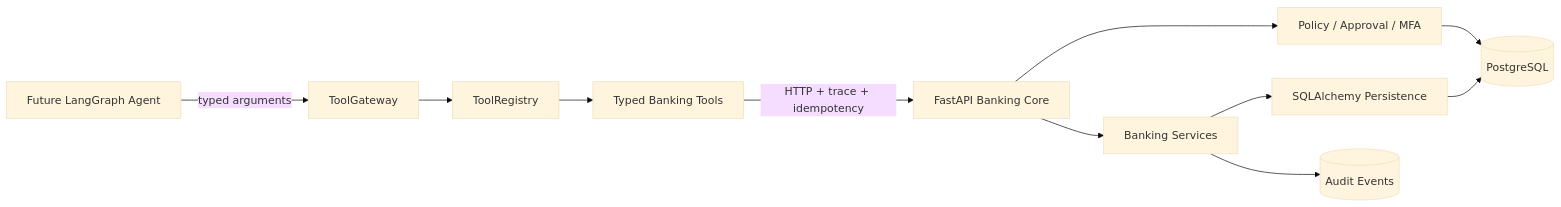
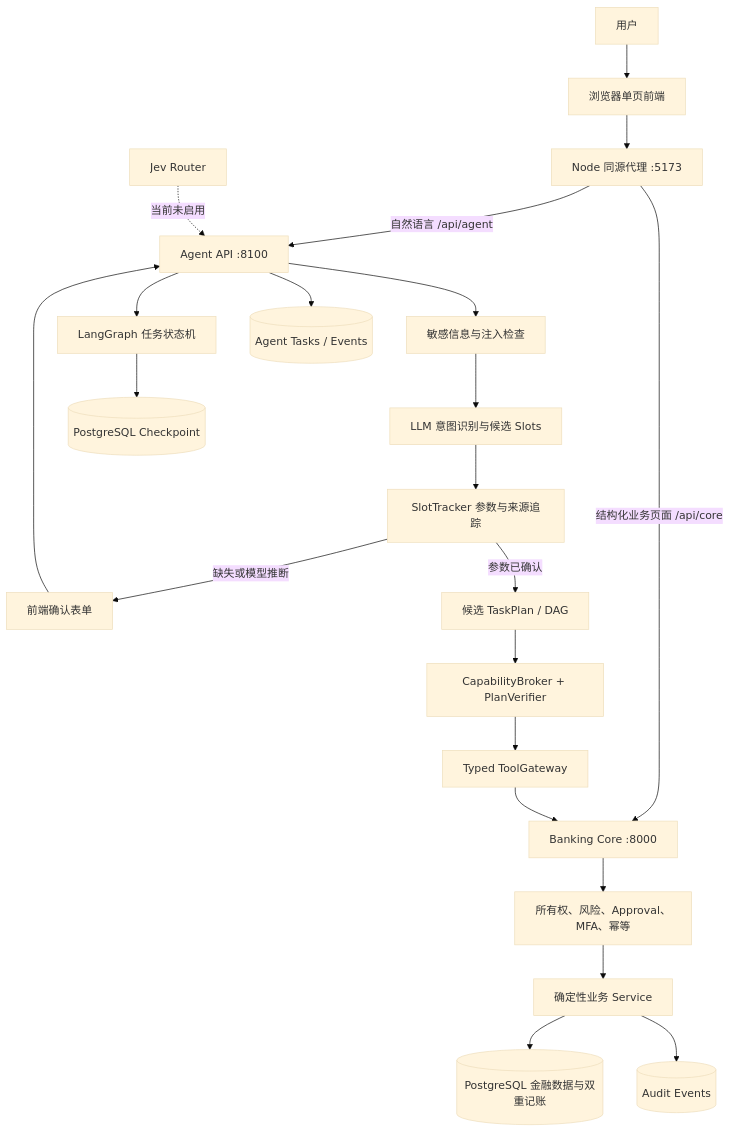
One commit to YangAoTe/FinSAO-Financial_Secure_Agent_Operation_System changed the diagram in README.md. Above: the diagram before and after it, drawn with Mermaid (base theme). The commit also changed other lines of this file and 5 other files, not shown here.

````diff
--- a/README.md
+++ b/README.md
@@ -11,13 +19,29 @@
 ```mermaid
-flowchart LR
-    FutureAgent[Future LangGraph Agent] -->|typed arguments| Gateway[ToolGateway]
-    Gateway --> Registry[ToolRegistry]
-    Registry --> Tools[Typed Banking Tools]
-    Tools -->|HTTP + trace + idempotency| API[FastAPI Banking Core]
-    API --> Policy[Policy / Approval / MFA]
-    API --> Services[Banking Services]
-    Services --> Repositories[SQLAlchemy Persistence]
-    Policy --> PostgreSQL[(PostgreSQL)]
-    Repositories --> PostgreSQL
-    Services --> Audit[(Audit Events)]
+flowchart TB
+    U[用户] --> B[浏览器单页前端]
+    B --> N[Node 同源代理 :5173]
+
+    N -->|结构化业务页面 /api/core| C[Banking Core :8000]
+    N -->|自然语言 /api/agent| A[Agent API :8100]
+
+    A --> P[敏感信息与注入检查]
+    P --> L[LLM 意图识别与候选 Slots]
+    L --> S[SlotTracker 参数与来源追踪]
+    S -->|缺失或模型推断| F[前端确认表单]
+    F --> A
+    S -->|参数已确认| D[候选 TaskPlan / DAG]
+    D --> V[CapabilityBroker + PlanVerifier]
+    V --> G[Typed ToolGateway]
+    G --> C
+
+    A --> LG[LangGraph 任务状态机]
+    LG --> CP[(PostgreSQL Checkpoint)]
+    A --> AT[(Agent Tasks / Events)]
+
+    C --> SEC[所有权、风险、Approval、MFA、幂等]
+    SEC --> SV[确定性业务 Service]
+    SV --> DB[(PostgreSQL 金融数据与双重记账)]
+    SV --> AU[(Audit Events)]
+
+    J[Jev Router] -. 当前未启用 .-> A
 ```
````
